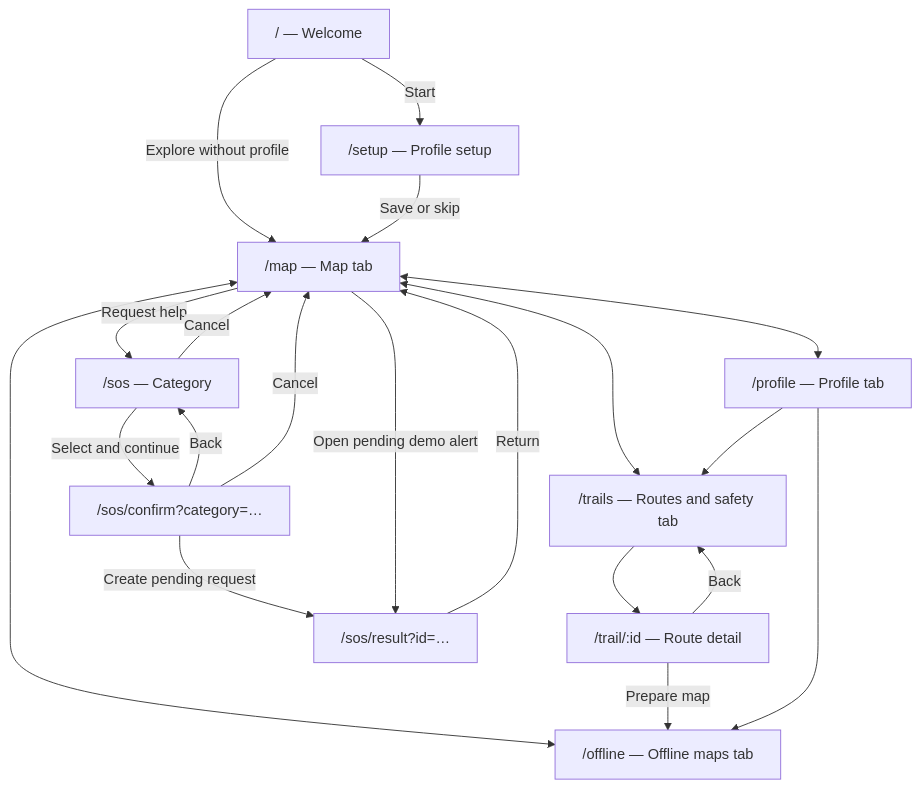
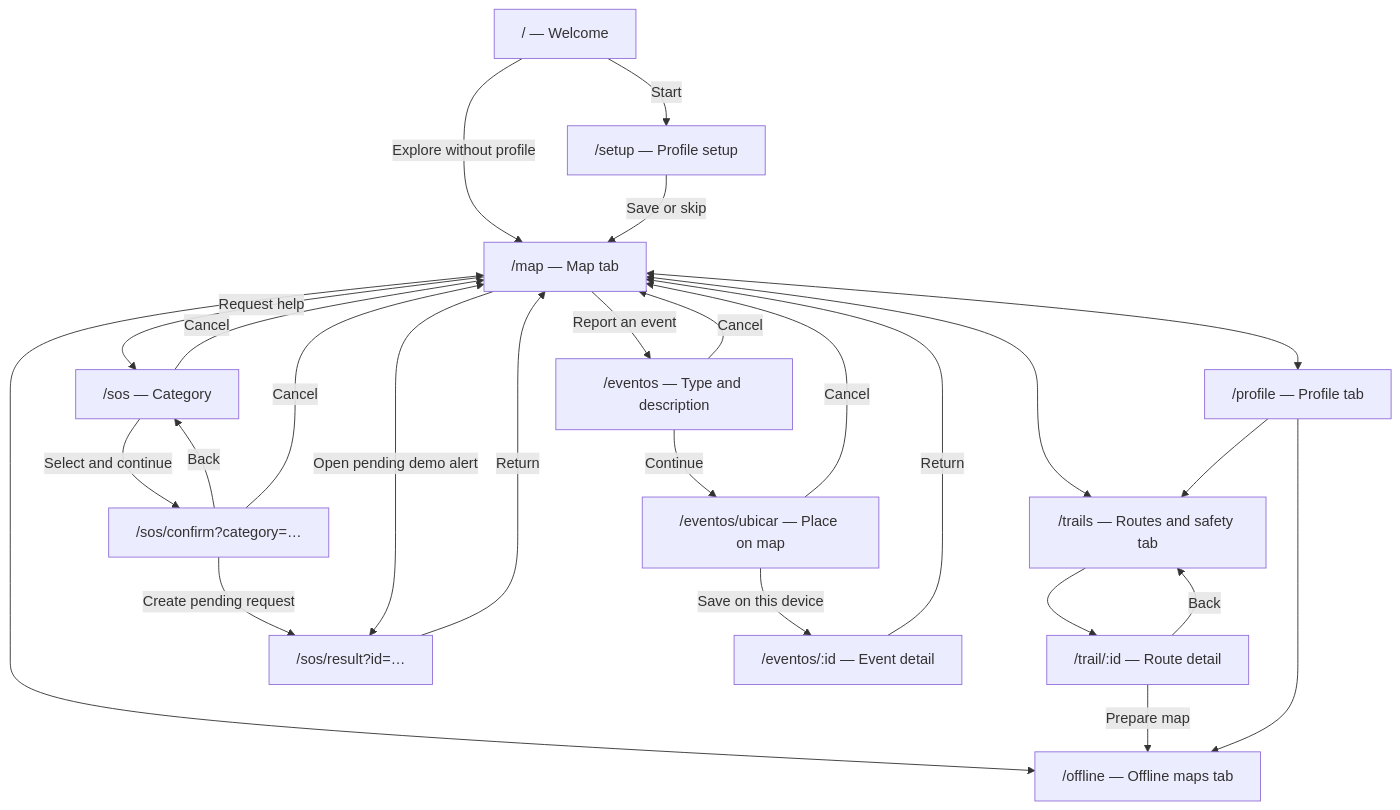
Before and after one commit to JosArtu/Senda-Segura: the second of 3 diagrams in docs/architecture.md, drawn with Mermaid. The commit also changed other lines of this file and 20 other files, not shown here.

First line of the commit message:
Implement trail event reporting and enhance offline map functionality

````diff
--- a/docs/architecture.md
+++ b/docs/architecture.md
@@ -53,22 +58,28 @@
 ```mermaid
 flowchart TD
     Welcome["/ — Welcome"] -->|Start| Setup["/setup — Profile setup"]
     Welcome -->|Explore without profile| Map["/map — Map tab"]
     Setup -->|Save or skip| Map
     Map <--> Trails["/trails — Routes and safety tab"]
     Map <--> Offline["/offline — Offline maps tab"]
     Map <--> Profile["/profile — Profile tab"]
     Trails --> Detail["/trail/:id — Route detail"]
     Detail -->|Back| Trails
     Detail -->|Prepare map| Offline
     Profile --> Offline
     Profile --> Trails
     Map -->|Request help| Category["/sos — Category"]
     Category -->|Select and continue| Confirm["/sos/confirm?category=…"]
     Confirm -->|Create pending request| Result["/sos/result?id=…"]
     Category -->|Cancel| Map
     Confirm -->|Back| Category
     Confirm -->|Cancel| Map
     Result -->|Return| Map
     Map -->|Open pending demo alert| Result
+    Map -->|Report an event| Report["/eventos — Type and description"]
+    Report -->|Continue| Place["/eventos/ubicar — Place on map"]
+    Report -->|Cancel| Map
+    Place -->|Save on this device| EventDetail["/eventos/:id — Event detail"]
+    Place -->|Cancel| Map
+    EventDetail -->|Return| Map
 ```
````
